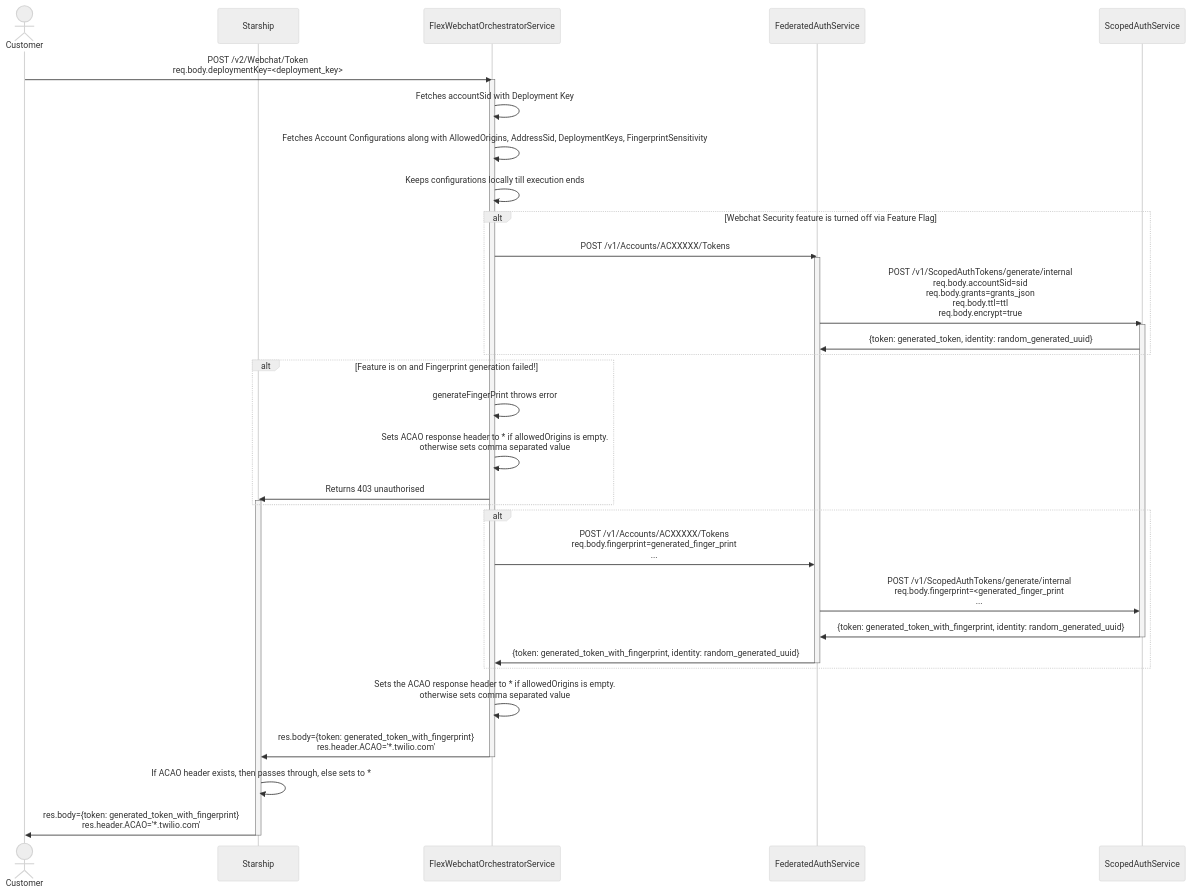
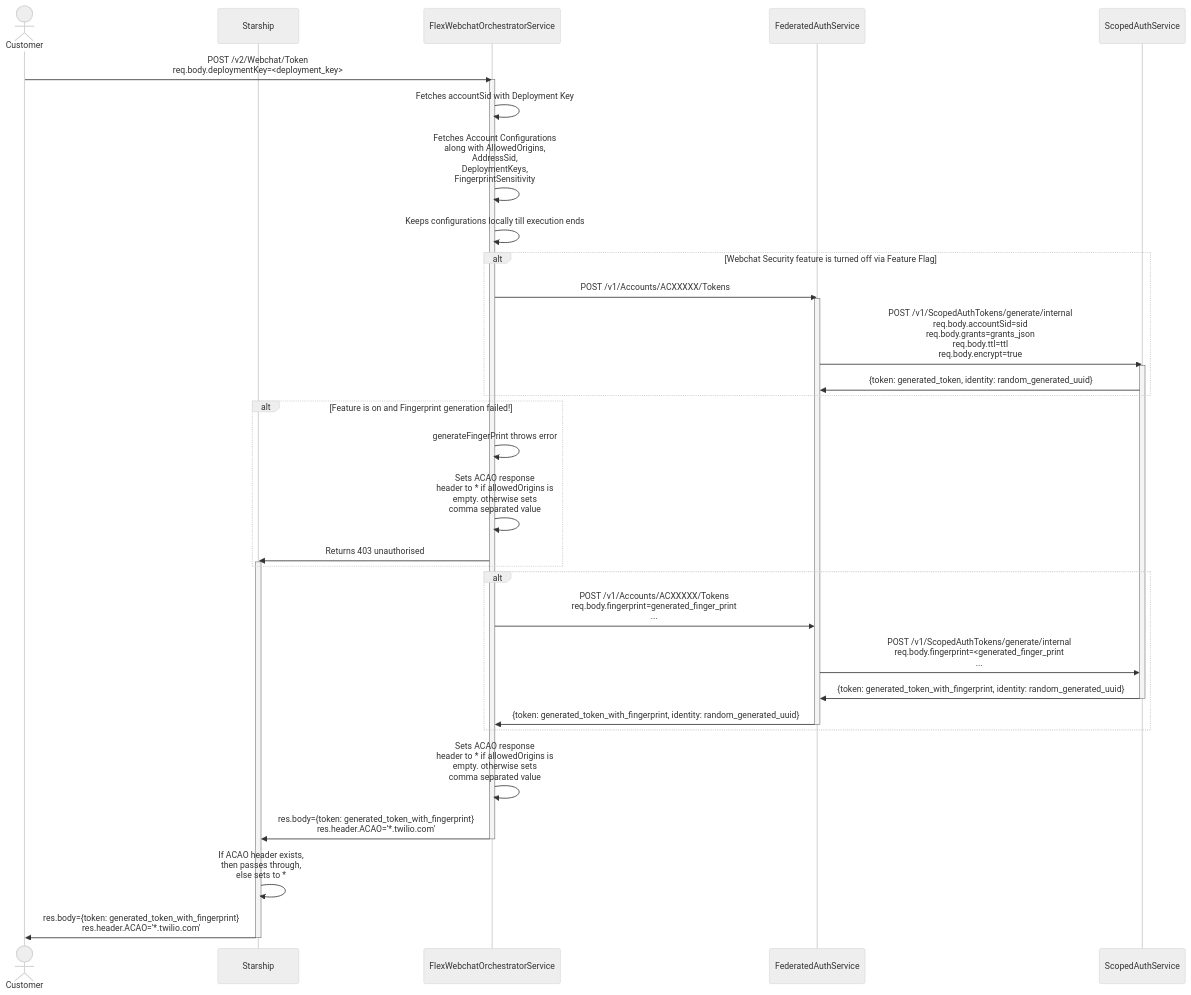
Before and after one commit to twilio/twilio-webchat-react-app: the diagram in seq_webchat_create_token.md, drawn with Mermaid (neutral theme). The commit also changed 1 other file, not shown here.

````diff
--- a/seq_webchat_create_token.md
+++ b/seq_webchat_create_token.md
@@ -1,48 +1,48 @@
 ```mermaid
 %% Webchat Create Token
 sequenceDiagram
 
 actor C as Customer
 participant S as Starship
 participant FWO as FlexWebchatOrchestratorService
 participant FAS as FederatedAuthService
 participant SAS as ScopedAuthService
 
 C ->> FWO : POST /v2/Webchat/Token <br/>req.body.deploymentKey=<deployment_key>
 activate FWO
 FWO ->> FWO : Fetches accountSid with Deployment Key
-FWO ->> FWO : Fetches Account Configurations along with AllowedOrigins, AddressSid, DeploymentKeys, FingerprintSensitivity
+FWO ->> FWO : Fetches Account Configurations <br/>along with AllowedOrigins, <br/>AddressSid, <br/>DeploymentKeys, <br/>FingerprintSensitivity
 FWO ->> FWO : Keeps configurations locally till execution ends
 
 alt Webchat Security feature is turned off via Feature Flag
 	FWO ->> FAS : POST /v1/Accounts/ACXXXXX/Tokens
 	activate FAS
 	FAS ->> SAS : POST /v1/ScopedAuthTokens/generate/internal <br/>req.body.accountSid=sid <br/>req.body.grants=grants_json <br/>req.body.ttl=ttl<br/>req.body.encrypt=true
 	activate SAS
 	SAS ->> FAS : {token: generated_token, identity: random_generated_uuid}
 end
 
 alt Feature is on and Fingerprint generation failed!
 	FWO ->> FWO: generateFingerPrint throws error
-	FWO ->> FWO : Sets ACAO response header to * if allowedOrigins is  empty. <br/> otherwise sets comma separated value
+	FWO ->> FWO : Sets ACAO response <br/>header to * if allowedOrigins is <br/>empty. otherwise sets <br/>comma separated value
 	FWO ->> S : Returns 403 unauthorised
 	activate S
 end
 
 alt #LightBlue Feature is turned on & Fingerprint is generated
 	FWO ->> FAS : POST /v1/Accounts/ACXXXXX/Tokens <br/>req.body.fingerprint=generated_finger_print <br/>... 
 	FAS ->> SAS : POST /v1/ScopedAuthTokens/generate/internal <br/>req.body.fingerprint=<generated_finger_print <br/>...
 	SAS ->> FAS : {token: generated_token_with_fingerprint, identity: random_generated_uuid}
 	deactivate SAS
 	FAS ->> FWO : {token: generated_token_with_fingerprint, identity: random_generated_uuid}
 	deactivate FAS
 end
 
-FWO ->> FWO : Sets the ACAO response header to * if allowedOrigins is  empty. <br/> otherwise sets comma separated value
+FWO ->> FWO : Sets ACAO response <br/>header to * if allowedOrigins is <br/>empty. otherwise sets <br/>comma separated value
 FWO ->> S : res.body={token: generated_token_with_fingerprint}<br/>res.header.ACAO='*.twilio.com'
 deactivate FWO
-S ->> S : If ACAO header exists, then passes through, else sets to *
+S ->> S : If ACAO header exists, <br/>then passes through, <br/>else sets to *
 S ->> C : res.body={token: generated_token_with_fingerprint}<br/>res.header.ACAO='*.twilio.com'
 deactivate S
 
 ```
````
